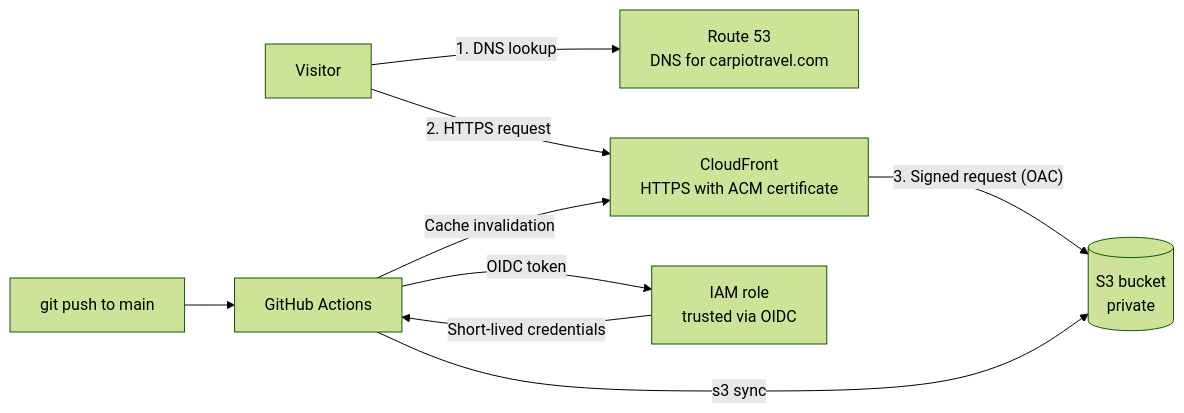
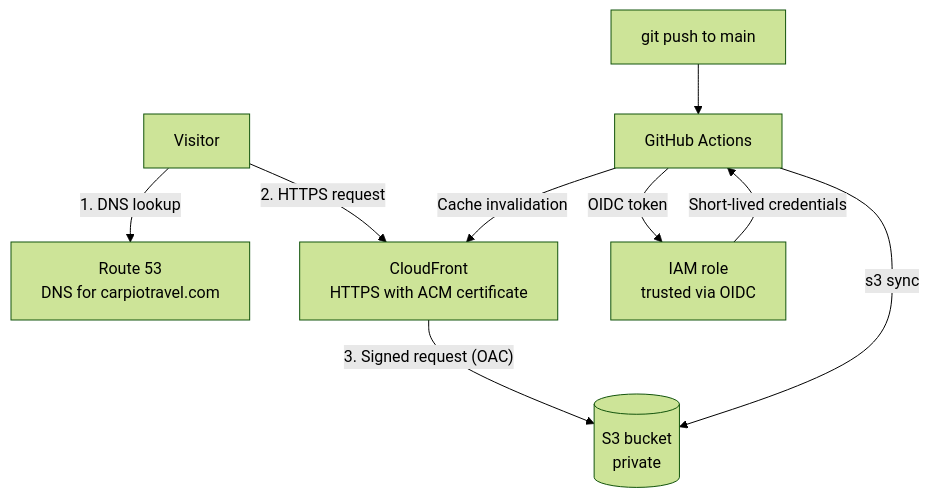
The diagram in README.md (ccarpio-tech/carpio-travel), drawn with Mermaid (forest theme) before and after one commit.

Commit message:
Fix architecture diagram layout

````diff
--- a/README.md
+++ b/README.md
@@ -27,21 +27,21 @@
 ```mermaid
-flowchart LR
+flowchart TB
     visitor["Visitor"]
     r53["Route 53<br/>DNS for carpiotravel.com"]
     cf["CloudFront<br/>HTTPS with ACM certificate"]
     s3[("S3 bucket<br/>private")]
 
     dev["git push to main"]
     gha["GitHub Actions"]
     iam["IAM role<br/>trusted via OIDC"]
 
     visitor -- "1. DNS lookup" --> r53
     visitor -- "2. HTTPS request" --> cf
     cf -- "3. Signed request (OAC)" --> s3
 
     dev --> gha
     gha -- "OIDC token" --> iam
     iam -- "Short-lived credentials" --> gha
     gha -- "s3 sync" --> s3
     gha -- "Cache invalidation" --> cf
 ```
````
